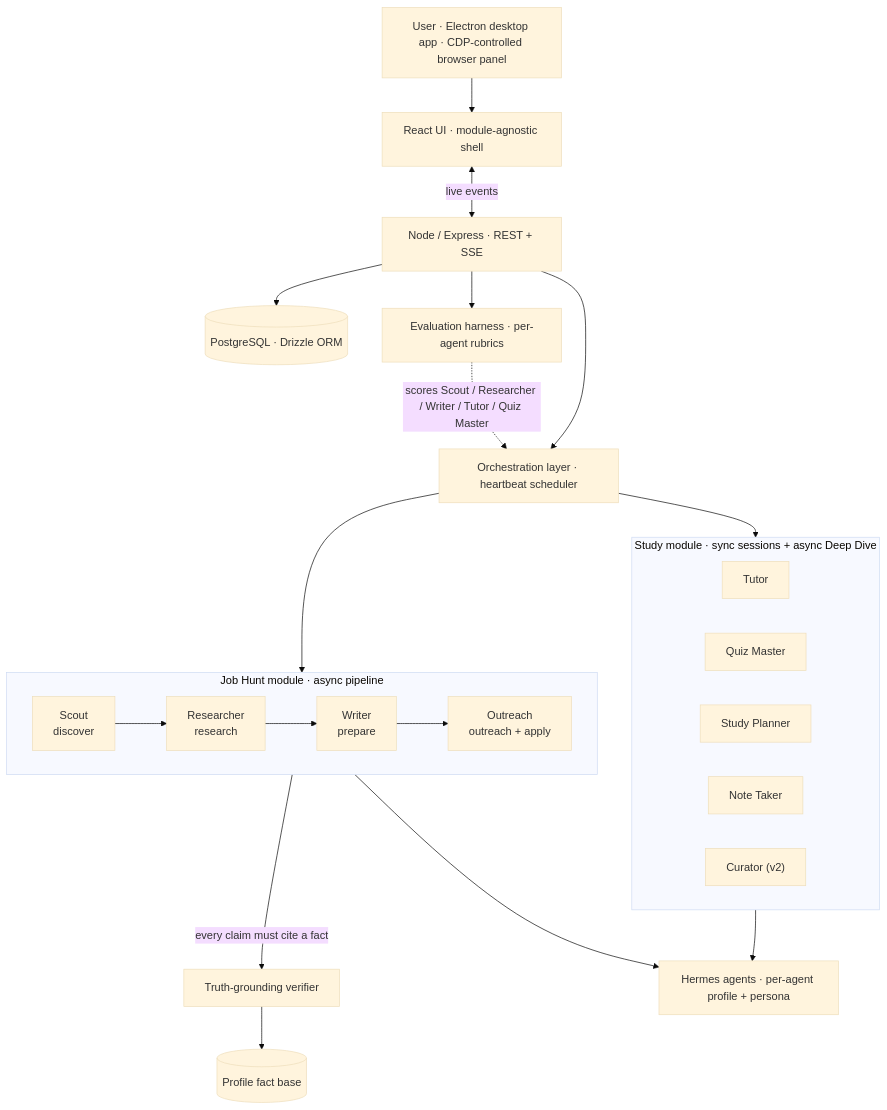
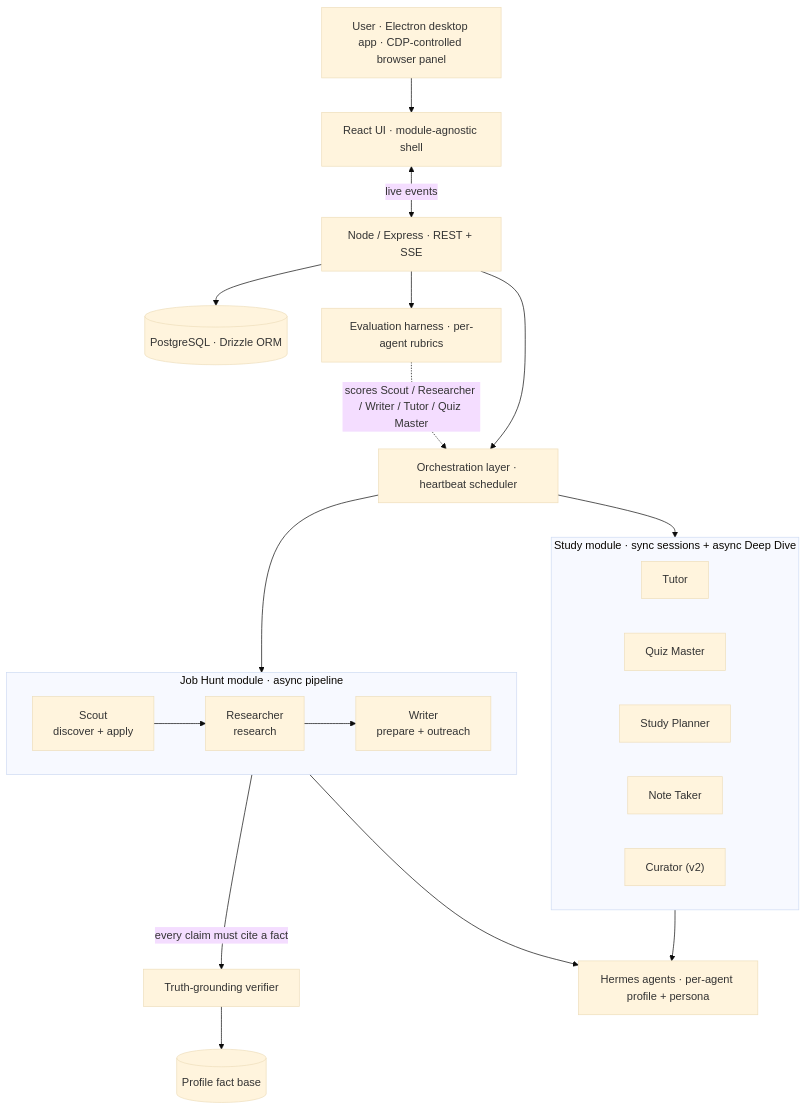
One commit to christinthomasdev/fluid-portfolio changed the diagram in README.md. Above: the diagram before and after it, drawn with Mermaid (base theme). The commit also changed other lines of this file, not shown here.

````diff
--- a/README.md
+++ b/README.md
@@ -33,42 +23,41 @@
 ```mermaid
 flowchart TB
     User["User · Electron desktop app · CDP-controlled browser panel"]
     UI["React UI · module-agnostic shell"]
     Server["Node / Express · REST + SSE"]
     DB[("PostgreSQL · Drizzle ORM")]
     Orchestrator["Orchestration layer · heartbeat scheduler"]
     Verifier["Truth-grounding verifier"]
     Facts[("Profile fact base")]
     Evals["Evaluation harness · per-agent rubrics"]
     LLM["Hermes agents · per-agent profile + persona"]
 
     User --> UI
     UI <-->|"live events"| Server
     Server --> DB
     Server --> Orchestrator
     Server --> Evals
     Orchestrator --> JobHunt
     Orchestrator --> Study
 
     subgraph JobHunt ["Job Hunt module · async pipeline"]
         direction LR
-        Scout["Scout<br/>discover"] --> Researcher["Researcher<br/>research"]
-        Researcher --> Writer["Writer<br/>prepare"]
-        Writer --> Outreach["Outreach<br/>outreach + apply"]
+        Scout["Scout<br/>discover + apply"] --> Researcher["Researcher<br/>research"]
+        Researcher --> Writer["Writer<br/>prepare + outreach"]
     end
 
     subgraph Study ["Study module · sync sessions + async Deep Dive"]
         direction LR
         Tutor["Tutor"]
         Quiz["Quiz Master"]
         Planner["Study Planner"]
         Notes["Note Taker"]
         Curator["Curator (v2)"]
     end
 
     JobHunt --> LLM
     Study --> LLM
     Writer -->|"every claim must cite a fact"| Verifier
     Verifier --> Facts
     Evals -.->|"scores Scout / Researcher / Writer / Tutor / Quiz Master"| Orchestrator
 ```
````
